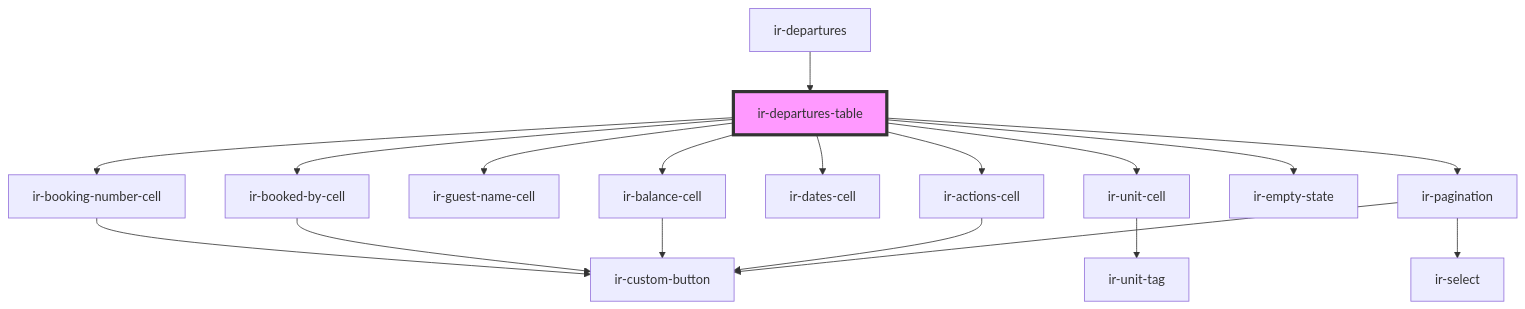
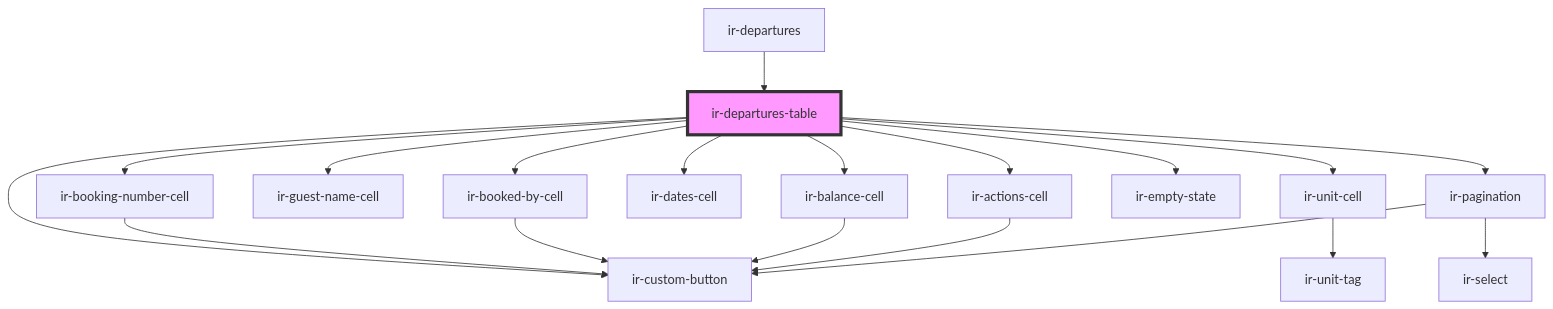
The diagram in src/components/ir-departures/ir-departures-table/readme.md (David1Chowaifaty/modified-ir-webcmp), drawn with Mermaid before and after one commit. The commit also changed other lines of this file and 8 other files, not shown here.

First line of the commit message:
Add ir-custom-button to arrivals and departures tables for improved user interaction

````diff
--- a/src/components/ir-departures/ir-departures-table/readme.md
+++ b/src/components/ir-departures/ir-departures-table/readme.md
@@ -36,21 +37,22 @@
 ```mermaid
 graph TD;
   ir-departures-table --> ir-booking-number-cell
   ir-departures-table --> ir-booked-by-cell
   ir-departures-table --> ir-guest-name-cell
   ir-departures-table --> ir-unit-cell
   ir-departures-table --> ir-dates-cell
   ir-departures-table --> ir-balance-cell
   ir-departures-table --> ir-actions-cell
+  ir-departures-table --> ir-custom-button
   ir-departures-table --> ir-empty-state
   ir-departures-table --> ir-pagination
   ir-booking-number-cell --> ir-custom-button
   ir-booked-by-cell --> ir-custom-button
   ir-unit-cell --> ir-unit-tag
   ir-balance-cell --> ir-custom-button
   ir-actions-cell --> ir-custom-button
   ir-pagination --> ir-select
   ir-pagination --> ir-custom-button
   ir-departures --> ir-departures-table
   style ir-departures-table fill:#f9f,stroke:#333,stroke-width:4px
 ```
````
